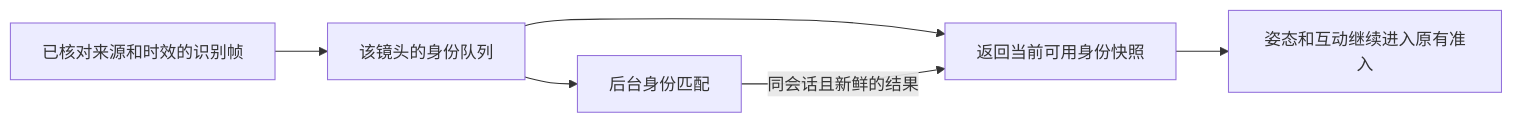
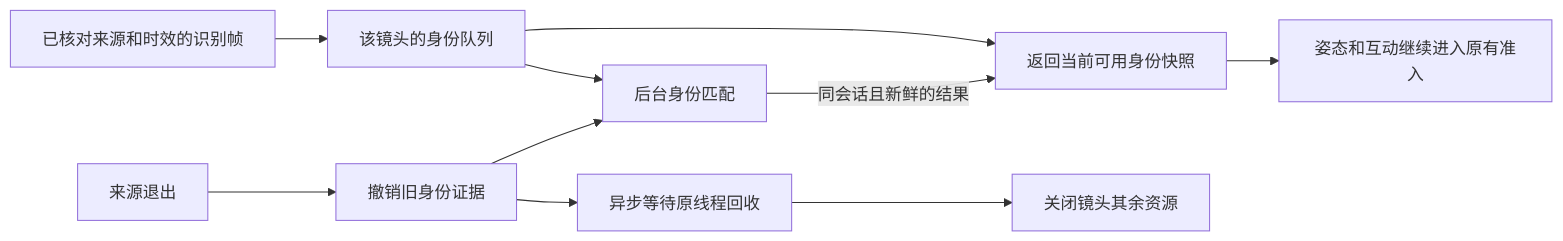
One commit to Geeprox/Friday changed the seventh of 38 diagrams in docs/architecture.md. Above: the diagram before and after it, drawn with Mermaid. The commit also changed other lines of this file and 5 other files, not shown here.

````diff
--- a/docs/architecture.md
+++ b/docs/architecture.md
@@ -206,8 +208,12 @@
 ```mermaid
 flowchart LR
   A[已核对来源和时效的识别帧] --> Q[该镜头的身份队列]
   Q --> S[返回当前可用身份快照]
   Q --> W[后台身份匹配]
   W -->|同会话且新鲜的结果| S
   S --> P[姿态和互动继续进入原有准入]
+  E[来源退出] --> V[撤销旧身份证据]
+  V --> W
+  V --> T[异步等待原线程回收]
+  T --> C[关闭镜头其余资源]
 ```
````
